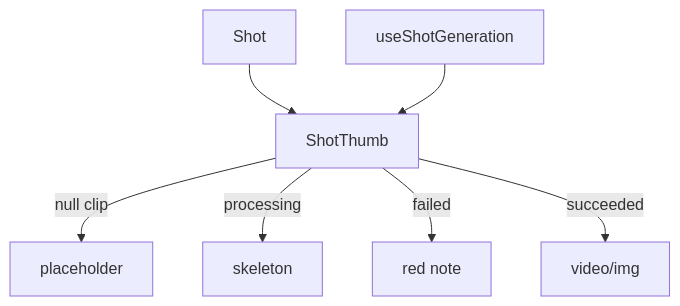
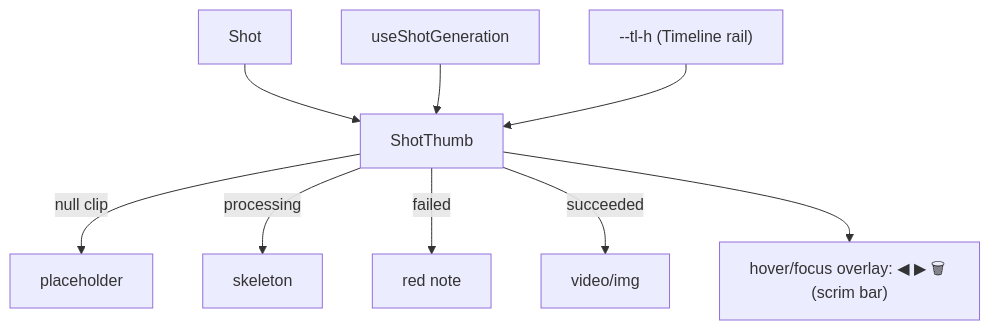
Before and after one commit to AzamatRaimbekov2/openCreate: the diagram in apps/web/src/modules/Cinema/components/ShotThumb.tsx.md, drawn with Mermaid. The commit also changed other lines of this file and 68 other files, not shown here.

````diff
--- a/apps/web/src/modules/Cinema/components/ShotThumb.tsx.md
+++ b/apps/web/src/modules/Cinema/components/ShotThumb.tsx.md
@@ -26,9 +31,11 @@
 ```mermaid
 flowchart TD
   SHOT[Shot] --> T[ShotThumb]
   G[useShotGeneration] --> T
+  VAR["--tl-h (Timeline rail)"] --> T
   T -->|null clip| PH[placeholder]
   T -->|processing| SK[skeleton]
   T -->|failed| RED[red note]
   T -->|succeeded| MEDIA[video/img]
+  T --> OV["hover/focus overlay: ◀ ▶ 🗑 (scrim bar)"]
 ```
````
